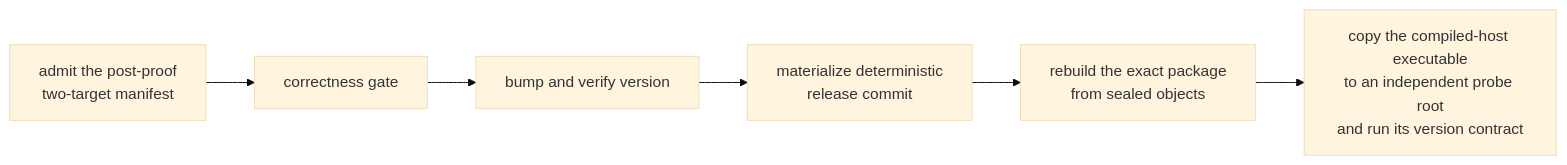
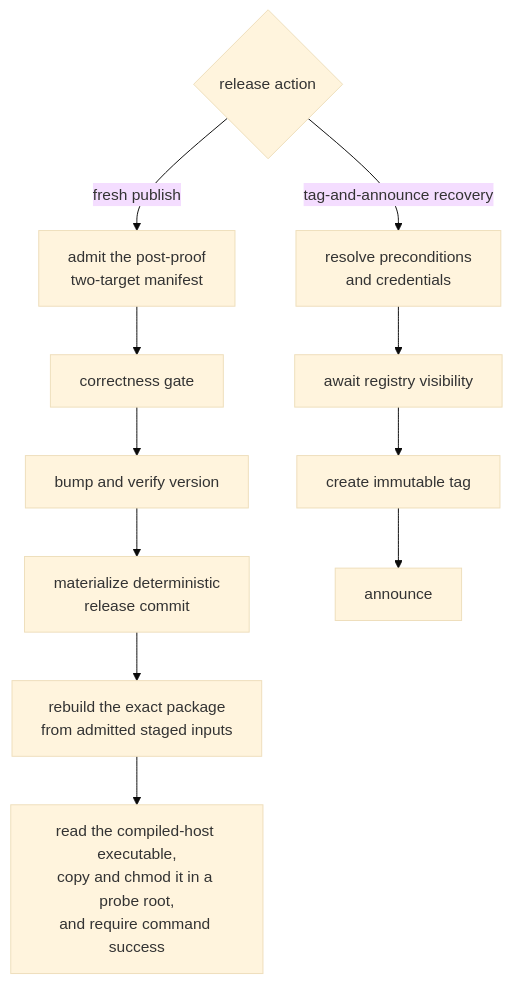
Before and after one commit to infimalabs/spice-rust: the second of 10 diagrams in docs/product/planes/distribution.md, drawn with Mermaid (base theme). The commit also changed other lines of this file and 120 other files, not shown here.

````diff
--- a/docs/product/planes/distribution.md
+++ b/docs/product/planes/distribution.md
@@ -72,8 +73,14 @@
 ```mermaid
-flowchart LR
-  SEAL["admit the post-proof<br/>two-target manifest"] --> COR["correctness gate"]
+flowchart TD
+  A{"release action"}
+  A -- "fresh publish" --> SEAL["admit the post-proof<br/>two-target manifest"]
+  SEAL --> COR["correctness gate"]
   COR --> BUMP["bump and verify version"]
   BUMP --> COMMIT["materialize deterministic<br/>release commit"]
-  COMMIT --> ART["rebuild the exact package<br/>from sealed objects"]
-  ART --> PROBE["copy the compiled-host executable<br/>to an independent probe root<br/>and run its version contract"]
+  COMMIT --> ART["rebuild the exact package<br/>from admitted staged inputs"]
+  ART --> PROBE["read the compiled-host executable,<br/>copy and chmod it in a probe root,<br/>and require command success"]
+  A -- "tag-and-announce recovery" --> PRE["resolve preconditions<br/>and credentials"]
+  PRE --> VIS["await registry visibility"]
+  VIS --> TAG["create immutable tag"]
+  TAG --> ANN["announce"]
 ```
````
